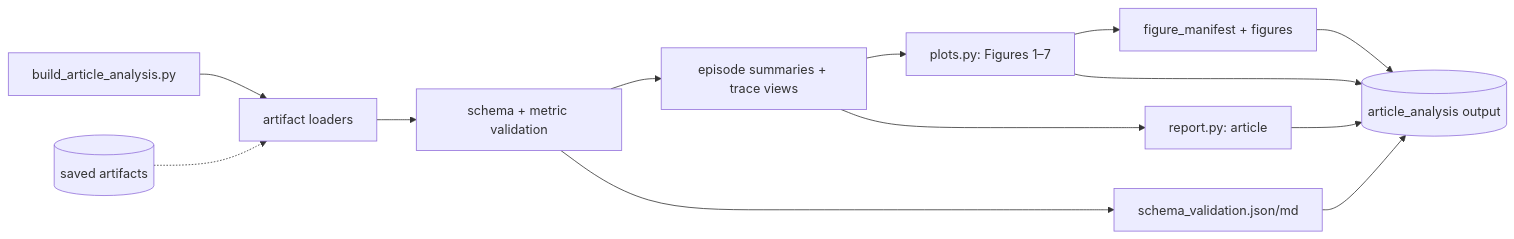
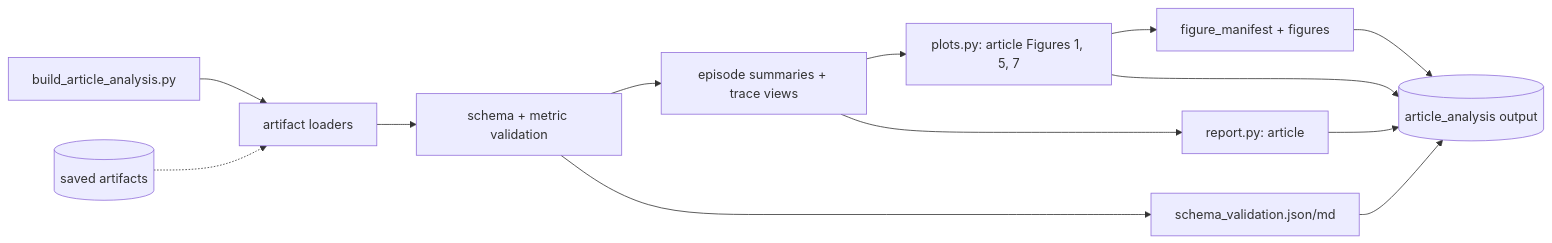
Before and after one commit to palindromeRice/openEnvRL: the sixth of 6 diagrams in docs/notes/flow.md, drawn with Mermaid. The commit also changed other lines of this file and 2 other files, not shown here.

````diff
--- a/docs/notes/flow.md
+++ b/docs/notes/flow.md
@@ -102,16 +102,16 @@
 ```mermaid
 flowchart LR
     A1["build_article_analysis.py"] --> A2["artifact loaders"]
     A2 --> A3["schema + metric validation"]
     A3 --> A4["episode summaries + trace views"]
-    A4 --> A5["plots.py: Figures 1–7"]
+    A4 --> A5["plots.py: article Figures 1, 5, 7"]
     A4 --> A6["report.py: article"]
     A3 --> A7["schema_validation.json/md"]
     A5 --> A8["figure_manifest + figures"]
 
     I1[("saved artifacts")] -.-> A2
     A5 --> O1[("article_analysis output")]
     A6 --> O1
     A7 --> O1
     A8 --> O1
 ```
````
